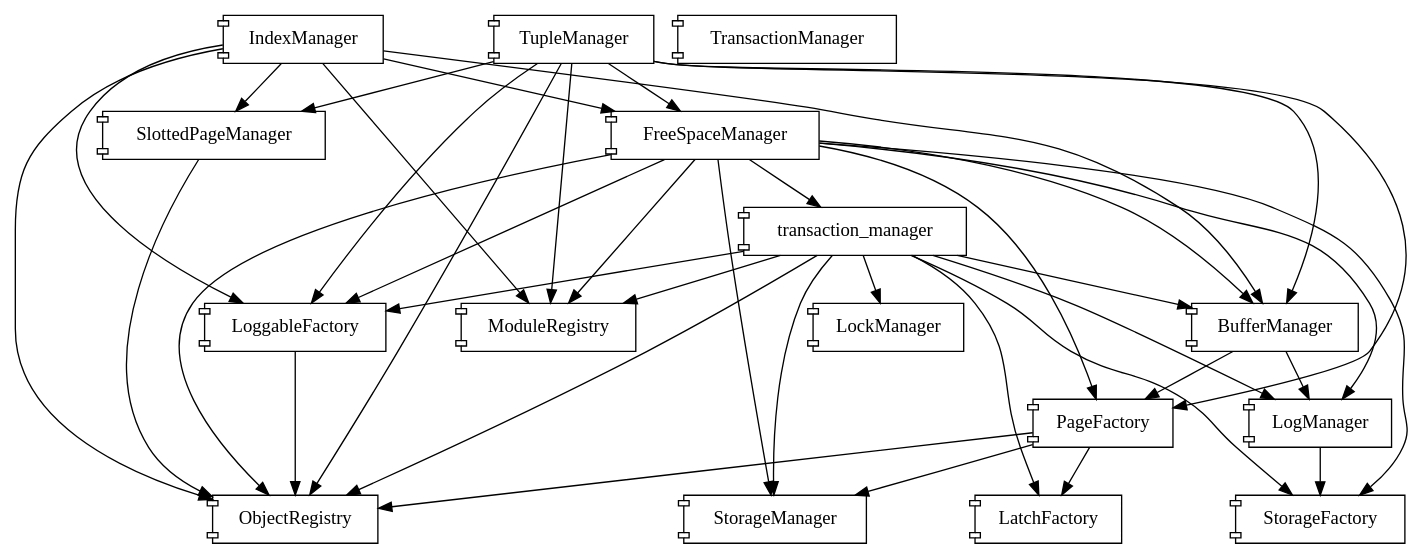
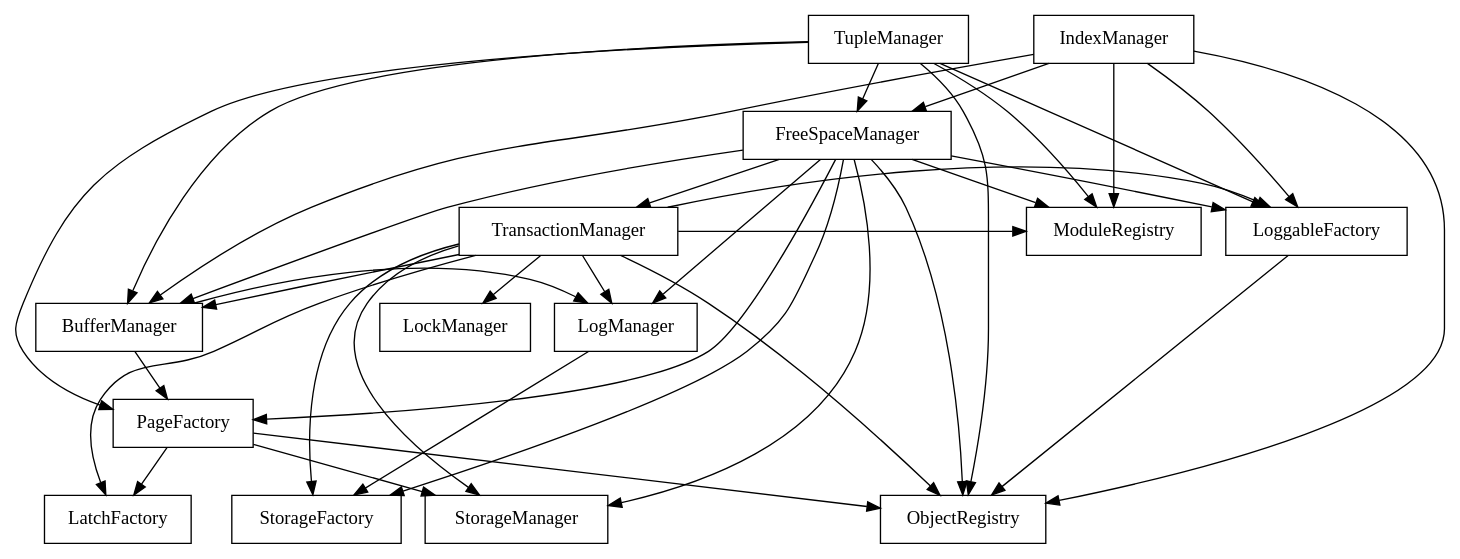
The diagram in simpledbm-rss/docs/component-model.dot (dibyendumajumdar/simpledbm), drawn with Graphviz before and after one commit. The commit also changed 2 other files, not shown here.

```diff
--- a/simpledbm-rss/docs/component-model.dot
+++ b/simpledbm-rss/docs/component-model.dot
@@ -1,57 +1,78 @@
 digraph SplitLeaf2 {
-    node[shape=component]
-    object_registry[label="ObjectRegistry"];
-    storage_factory[label="StorageFactory"];
-    storage_manager[label="StorageManager"];
-    latch_factory[label="LatchFactory"];
-    page_factory[label="PageFactory"];
-    slotted_page_manager[label="SlottedPageManager"];
-    loggable_factory[label="LoggableFactory"];
-    module_registry[label="ModuleRegistry"];
-    lock_manager[label="LockManager"];
-    log_manager[label="LogManager"];
-    buffer_manager[label="BufferManager"];
-    transactionManager[label="TransactionManager"];
-    space_manager[label="FreeSpaceManager"];
-    index_manager[label="IndexManager"];
-    tuple_manager[label="TupleManager"];
+    node[shape=box]
+    {
+	rank=same;
+	object_registry[label="ObjectRegistry"];
+    }
+    {
+	rank=same;
+	storage_factory[label="StorageFactory"];
+	storage_manager[label="StorageManager"];
+	latch_factory[label="LatchFactory"];
+    }
+    {
+	rank=same;
+	page_factory[label="PageFactory"];
+/*	slotted_page_manager[label="SlottedPageManager"]; */
+    }
+    {
+	rank=same;
+	lock_manager[label="LockManager"];
+	log_manager[label="LogManager"];
+	buffer_manager[label="BufferManager"];
+    }
+    {
+	rank=same;
+	loggable_factory[label="LoggableFactory"];
+	module_registry[label="ModuleRegistry"];
+	transaction_manager[label="TransactionManager"];
+    }
+    {
+	rank=same;
+	space_manager[label="FreeSpaceManager"];
+    }
+    {
+	rank=same;
+	index_manager[label="IndexManager"];
+	tuple_manager[label="TupleManager"];
+    }
     page_factory -> object_registry;
     page_factory -> storage_manager;
     page_factory -> latch_factory;
-    slotted_page_manager -> object_registry;
+/*    slotted_page_manager -> object_registry; */
     loggable_factory -> object_registry;
     log_manager -> storage_factory;
     buffer_manager -> log_manager;
     buffer_manager -> page_factory;
     transaction_manager -> log_manager;
     transaction_manager -> storage_factory;
     transaction_manager -> storage_manager;
     transaction_manager -> buffer_manager;
     transaction_manager -> lock_manager;
     transaction_manager -> loggable_factory;
     transaction_manager -> latch_factory;
     transaction_manager -> object_registry;
     transaction_manager -> module_registry;
     space_manager -> object_registry;
     space_manager -> page_factory;
     space_manager -> log_manager;
     space_manager -> buffer_manager;
     space_manager -> storage_manager;
     space_manager -> storage_factory;
     space_manager -> loggable_factory;
     space_manager -> transaction_manager;
     space_manager -> module_registry;
     index_manager -> object_registry;
     index_manager -> loggable_factory;
     index_manager -> space_manager;
     index_manager -> buffer_manager;
-    index_manager -> slotted_page_manager;
+/*    index_manager -> slotted_page_manager; */
     index_manager -> module_registry;
     tuple_manager -> object_registry;
     tuple_manager -> loggable_factory;
     tuple_manager -> space_manager;
     tuple_manager -> buffer_manager;
-    tuple_manager -> slotted_page_manager;
+/*    tuple_manager -> slotted_page_manager; */
     tuple_manager -> module_registry;
     tuple_manager -> page_factory;
 }
```
